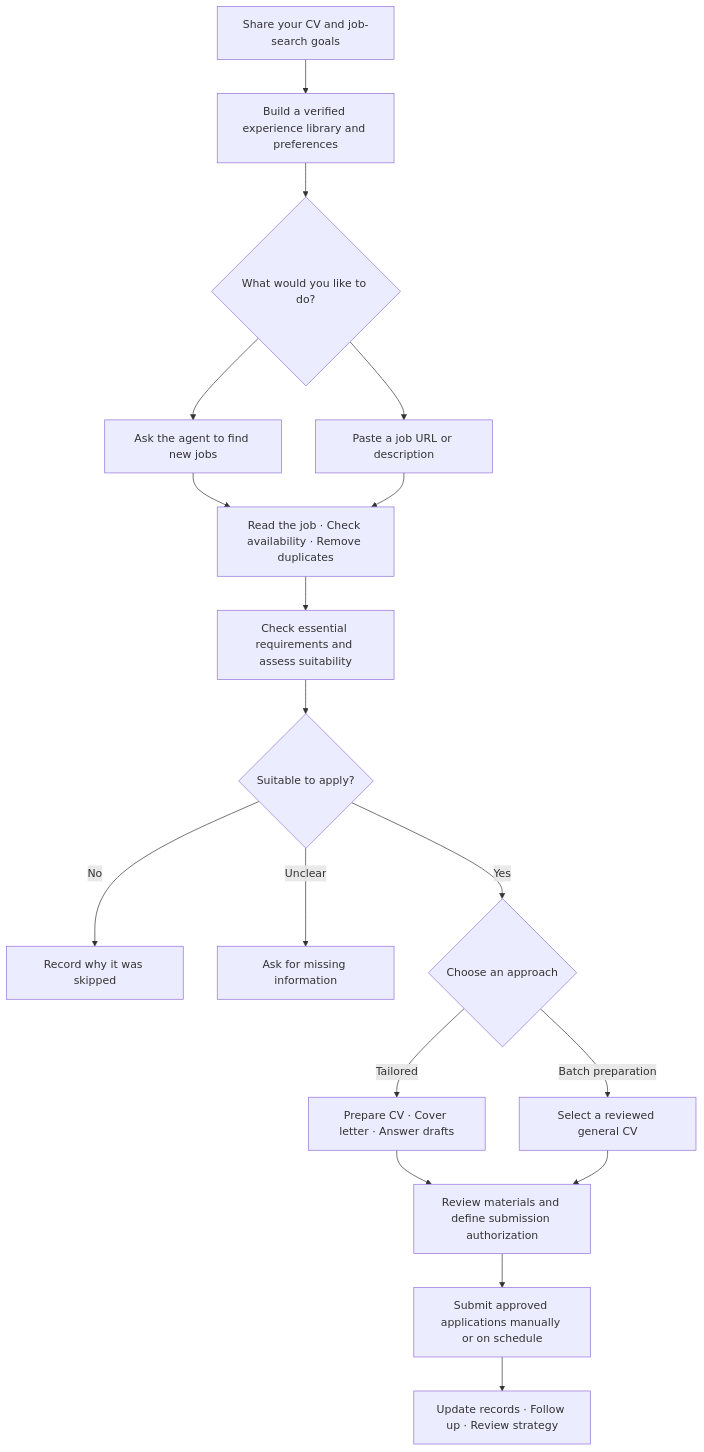
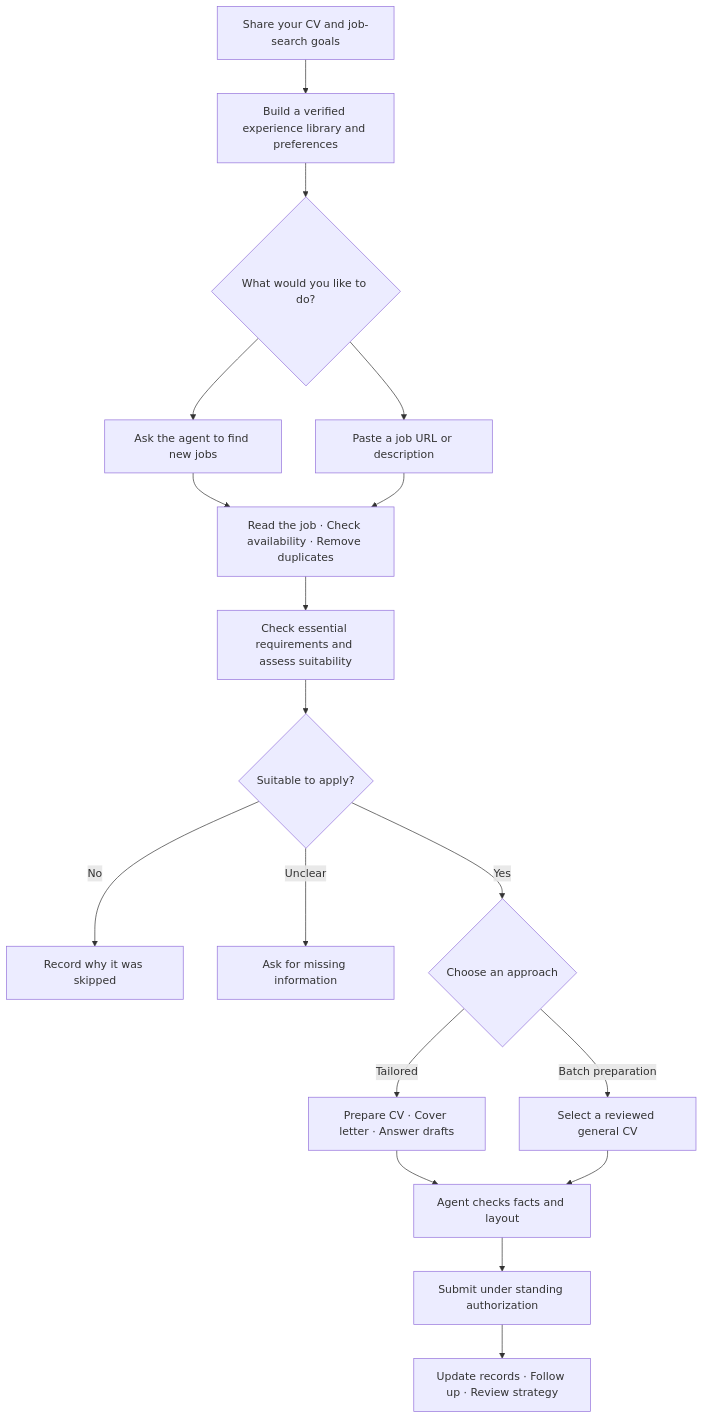
The diagram in README.en.md (ziyuan-404/Useless-LinkedIn), drawn with Mermaid before and after one commit. The commit also changed other lines of this file and 76 other files, not shown here.

````diff
--- a/README.en.md
+++ b/README.en.md
@@ -45,20 +45,20 @@
 ```mermaid
 flowchart TD
     A[Share your CV and job-search goals] --> B[Build a verified experience library and preferences]
     B --> C{What would you like to do?}
     C --> D[Ask the agent to find new jobs]
     C --> E[Paste a job URL or description]
     D --> F[Read the job · Check availability · Remove duplicates]
     E --> F
     F --> G[Check essential requirements and assess suitability]
     G --> H{Suitable to apply?}
     H -->|No| I[Record why it was skipped]
     H -->|Unclear| J[Ask for missing information]
     H -->|Yes| K{Choose an approach}
     K -->|Tailored| L[Prepare CV · Cover letter · Answer drafts]
     K -->|Batch preparation| M[Select a reviewed general CV]
-    L --> N[Review materials and define submission authorization]
+    L --> N[Agent checks facts and layout]
     M --> N
-    N --> O[Submit approved applications manually or on schedule]
+    N --> O[Submit under standing authorization]
     O --> P[Update records · Follow up · Review strategy]
 ```
````
